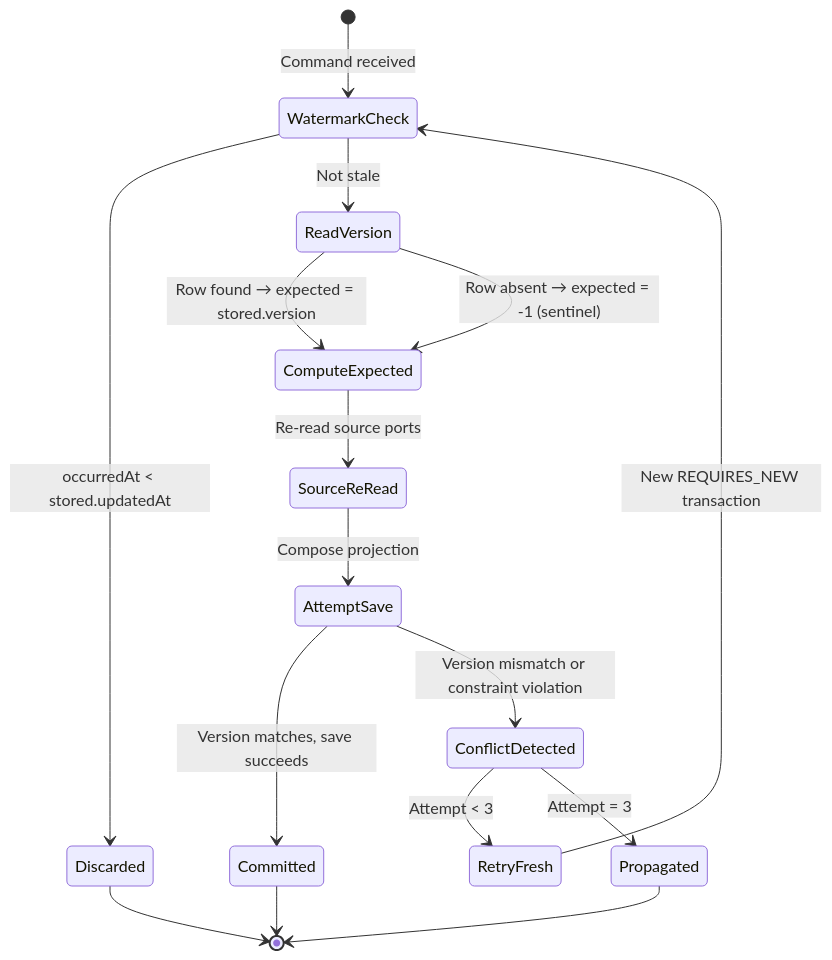
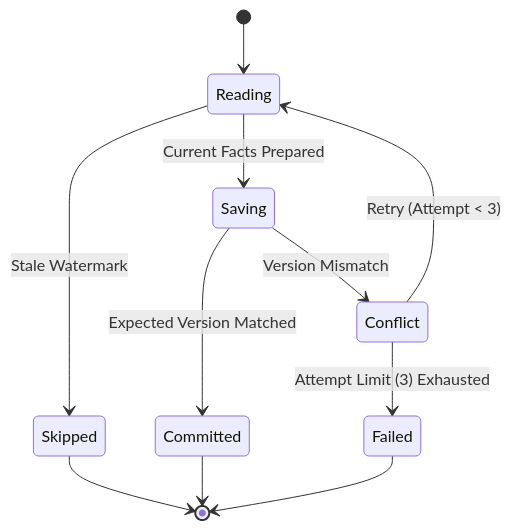
The second of 4 diagrams in docs/spec/system/discovery-concurrency-control-tech-spec.md (khinemyaezin/grab), drawn with Mermaid before and after one commit. The commit also changed other lines of this file and 22 other files, not shown here.

````diff
--- a/docs/spec/system/discovery-concurrency-control-tech-spec.md
+++ b/docs/spec/system/discovery-concurrency-control-tech-spec.md
@@ -78,18 +65,13 @@
 ```mermaid
 stateDiagram-v2
-    [*] --> WatermarkCheck : Command received
-    WatermarkCheck --> Discarded : occurredAt < stored.updatedAt
-    WatermarkCheck --> ReadVersion : Not stale
-    ReadVersion --> ComputeExpected : Row found → expected = stored.version
-    ReadVersion --> ComputeExpected : Row absent → expected = -1 (sentinel)
-    ComputeExpected --> SourceReRead : Re-read source ports
-    SourceReRead --> AttemptSave : Compose projection
-    AttemptSave --> Committed : Version matches, save succeeds
-    AttemptSave --> ConflictDetected : Version mismatch or constraint violation
-    ConflictDetected --> RetryFresh : Attempt < 3
-    ConflictDetected --> Propagated : Attempt = 3
-    RetryFresh --> WatermarkCheck : New REQUIRES_NEW transaction
+    [*] --> Reading
+    Reading --> Skipped : Stale Watermark
+    Reading --> Saving : Current Facts Prepared
+    Saving --> Committed : Expected Version Matched
+    Saving --> Conflict : Version Mismatch
+    Conflict --> Reading : Retry (Attempt < 3)
+    Conflict --> Failed : Attempt Limit (3) Exhausted
+    Skipped --> [*]
     Committed --> [*]
-    Discarded --> [*]
-    Propagated --> [*]
+    Failed --> [*]
 ```
````
